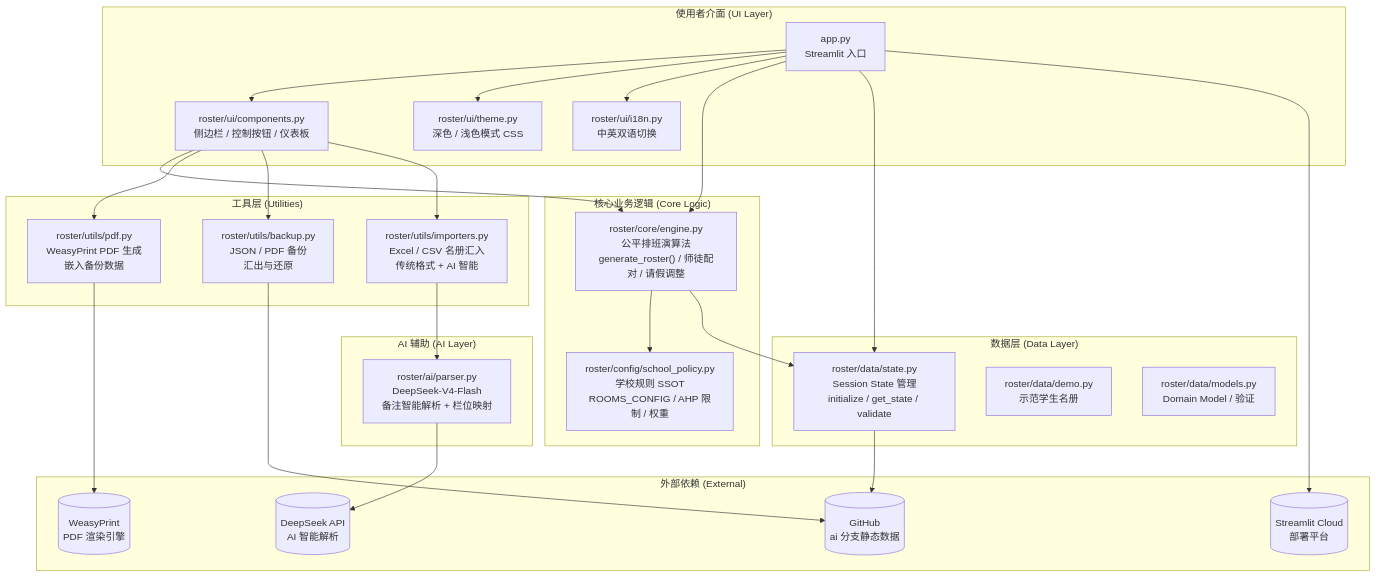
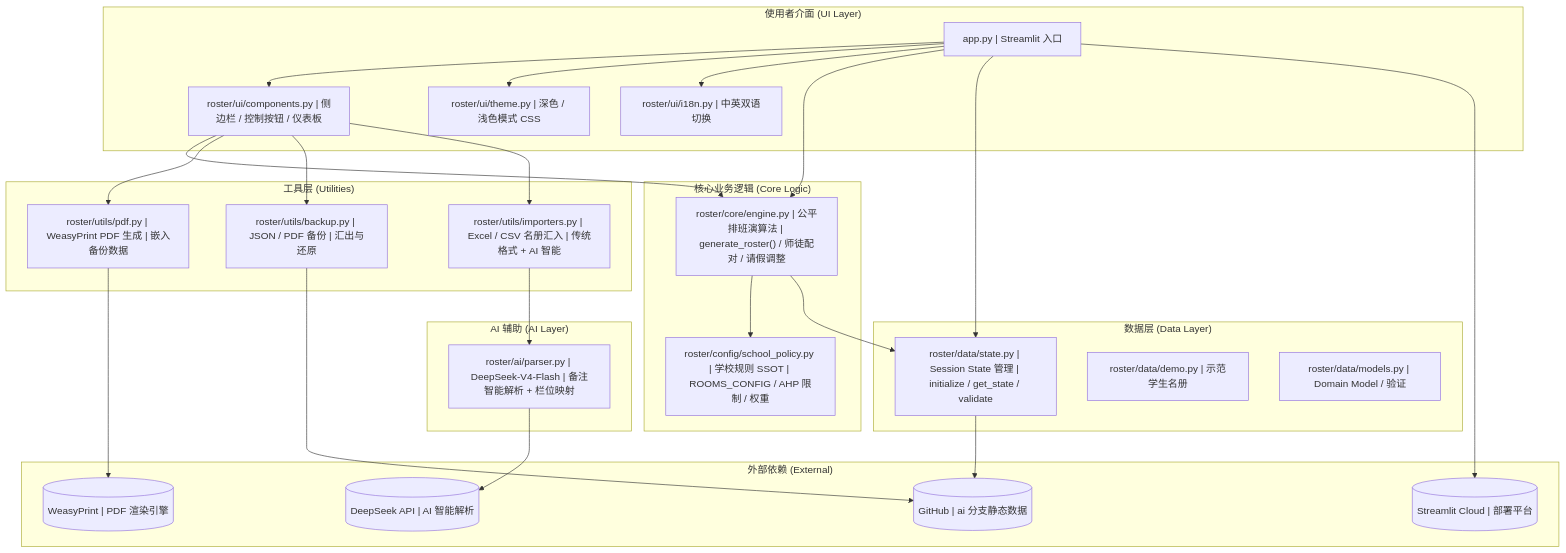
Before and after one commit to JackyLi10777/Study-Prefect-Duty-Roster-System: the first of 4 diagrams in README.md, drawn with Mermaid. The commit also changed other lines of this file, not shown here.

Commit message:
fix: replace <br/> with | in Mermaid diagrams for GitHub rendering compatibility

````diff
--- a/README.md
+++ b/README.md
@@ -129,55 +129,55 @@
 ```mermaid
 graph TB
     subgraph "使用者介面 (UI Layer)"
-        A["app.py<br/>Streamlit 入口"]
-        B["roster/ui/components.py<br/>侧边栏 / 控制按钮 / 仪表板"]
-        C["roster/ui/theme.py<br/>深色 / 浅色模式 CSS"]
-        D["roster/ui/i18n.py<br/>中英双语切换"]
+        A["app.py | Streamlit 入口"]
+        B["roster/ui/components.py | 侧边栏 / 控制按钮 / 仪表板"]
+        C["roster/ui/theme.py | 深色 / 浅色模式 CSS"]
+        D["roster/ui/i18n.py | 中英双语切换"]
     end
 
     subgraph "核心业务逻辑 (Core Logic)"
-        E["roster/core/engine.py<br/>公平排班演算法<br/>generate_roster() / 师徒配对 / 请假调整"]
-        F["roster/config/school_policy.py<br/>学校规则 SSOT<br/>ROOMS_CONFIG / AHP 限制 / 权重"]
+        E["roster/core/engine.py | 公平排班演算法 | generate_roster() / 师徒配对 / 请假调整"]
+        F["roster/config/school_policy.py | 学校规则 SSOT | ROOMS_CONFIG / AHP 限制 / 权重"]
     end
 
     subgraph "数据层 (Data Layer)"
-        G["roster/data/state.py<br/>Session State 管理<br/>initialize / get_state / validate"]
-        H["roster/data/demo.py<br/>示范学生名册"]
-        I["roster/data/models.py<br/>Domain Model / 验证"]
+        G["roster/data/state.py | Session State 管理 | initialize / get_state / validate"]
+        H["roster/data/demo.py | 示范学生名册"]
+        I["roster/data/models.py | Domain Model / 验证"]
     end
 
     subgraph "工具层 (Utilities)"
-        J["roster/utils/pdf.py<br/>WeasyPrint PDF 生成<br/>嵌入备份数据"]
-        K["roster/utils/backup.py<br/>JSON / PDF 备份<br/>汇出与还原"]
-        L["roster/utils/importers.py<br/>Excel / CSV 名册汇入<br/>传统格式 + AI 智能"]
+        J["roster/utils/pdf.py | WeasyPrint PDF 生成 | 嵌入备份数据"]
+        K["roster/utils/backup.py | JSON / PDF 备份 | 汇出与还原"]
+        L["roster/utils/importers.py | Excel / CSV 名册汇入 | 传统格式 + AI 智能"]
     end
 
     subgraph "AI 辅助 (AI Layer)"
-        M["roster/ai/parser.py<br/>DeepSeek-V4-Flash<br/>备注智能解析 + 栏位映射"]
+        M["roster/ai/parser.py | DeepSeek-V4-Flash | 备注智能解析 + 栏位映射"]
     end
 
     subgraph "外部依赖 (External)"
-        N[("DeepSeek API<br/>AI 智能解析")]
-        O[("WeasyPrint<br/>PDF 渲染引擎")]
-        P[("GitHub<br/>ai 分支静态数据")]
-        Q[("Streamlit Cloud<br/>部署平台")]
+        N[("DeepSeek API | AI 智能解析")]
+        O[("WeasyPrint | PDF 渲染引擎")]
+        P[("GitHub | ai 分支静态数据")]
+        Q[("Streamlit Cloud | 部署平台")]
     end
 
     A --> B
     A --> C
     A --> D
     A --> E
     A --> G
     E --> F
     E --> G
     B --> E
     B --> J
     B --> K
     B --> L
     L --> M
     M --> N
     J --> O
     G --> P
     K --> P
     A --> Q
 ```
````
